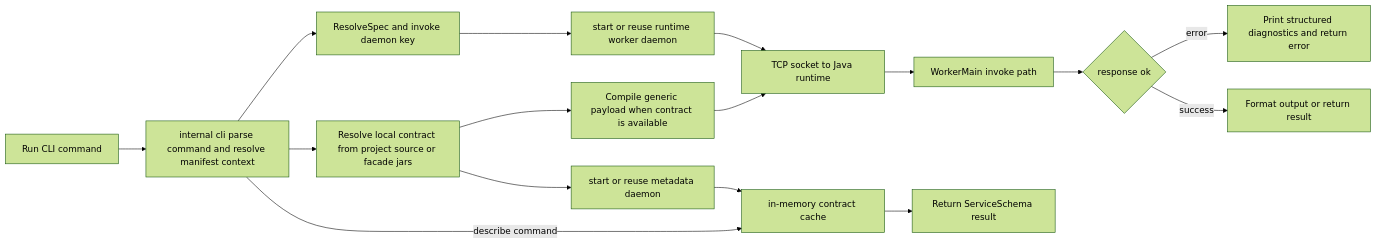
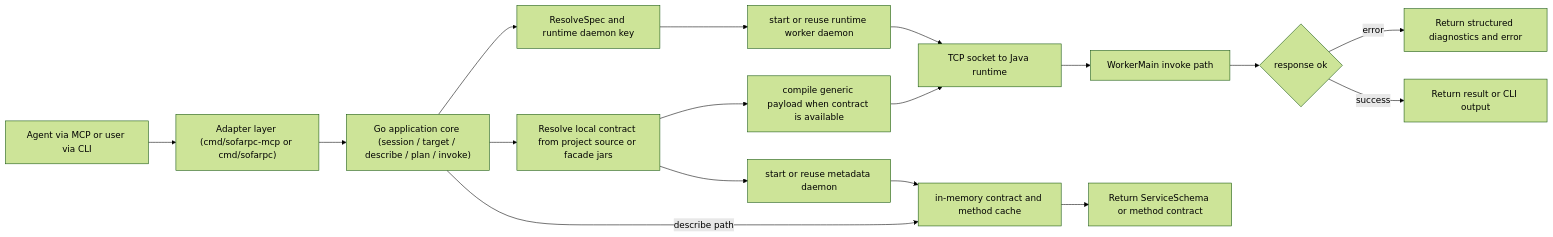
The diagram in README.md (hex1n/sofarpc-cli), drawn with Mermaid (forest theme) before and after one commit. The commit also changed other lines of this file and 32 other files, not shown here.

First line of the commit message:
feat: add agent-first MCP workflow

````diff
--- a/README.md
+++ b/README.md
@@ -36,18 +55,19 @@
 ```mermaid
 flowchart LR
-    A[Run CLI command] --> B[internal cli parse command and resolve manifest context]
-    B --> C[Resolve local contract from project source or facade jars]
-    C --> D[start or reuse metadata daemon]
-    D --> E[in-memory contract cache]
-    C --> F[Compile generic payload when contract is available]
-    B --> G[ResolveSpec and invoke daemon key]
-    G --> H[start or reuse runtime worker daemon]
-    H --> I[TCP socket to Java runtime]
-    F --> I
-    B -->|describe command| E
-    I --> J[WorkerMain invoke path]
-    E --> K[Return ServiceSchema result]
-    J --> L{response ok}
-    L -->|error| M[Print structured diagnostics and return error]
-    L -->|success| N[Format output or return result]
+    A["Agent via MCP or user via CLI"] --> B["Adapter layer (cmd/sofarpc-mcp or cmd/sofarpc)"]
+    B --> C["Go application core (session / target / describe / plan / invoke)"]
+    C --> D["Resolve local contract from project source or facade jars"]
+    D --> E["start or reuse metadata daemon"]
+    E --> F["in-memory contract and method cache"]
+    D --> G["compile generic payload when contract is available"]
+    C --> H["ResolveSpec and runtime daemon key"]
+    H --> I["start or reuse runtime worker daemon"]
+    I --> J["TCP socket to Java runtime"]
+    G --> J
+    C -->|describe path| F
+    J --> K["WorkerMain invoke path"]
+    F --> L["Return ServiceSchema or method contract"]
+    K --> M{response ok}
+    M -->|error| N["Return structured diagnostics and error"]
+    M -->|success| O["Return result or CLI output"]
 ```
````
